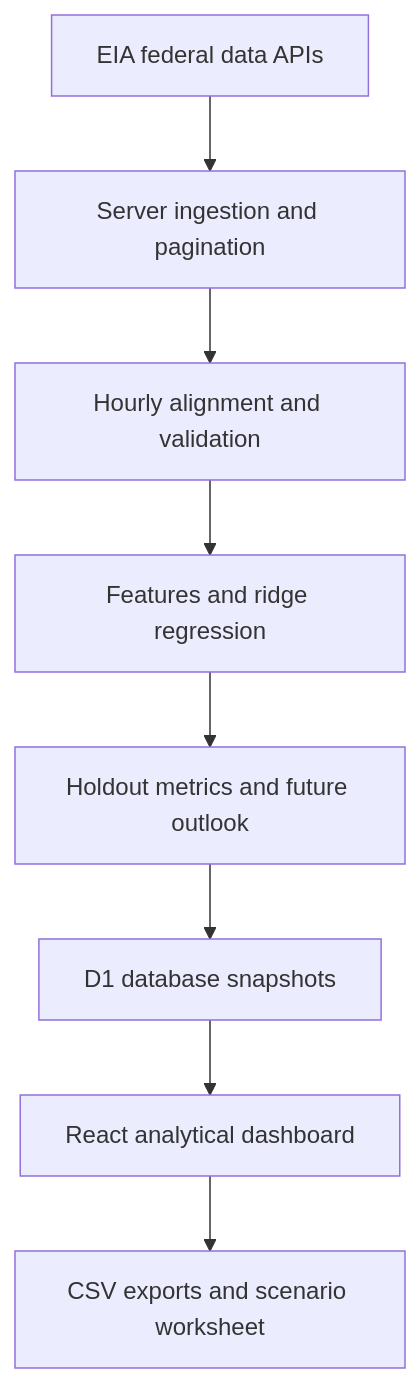
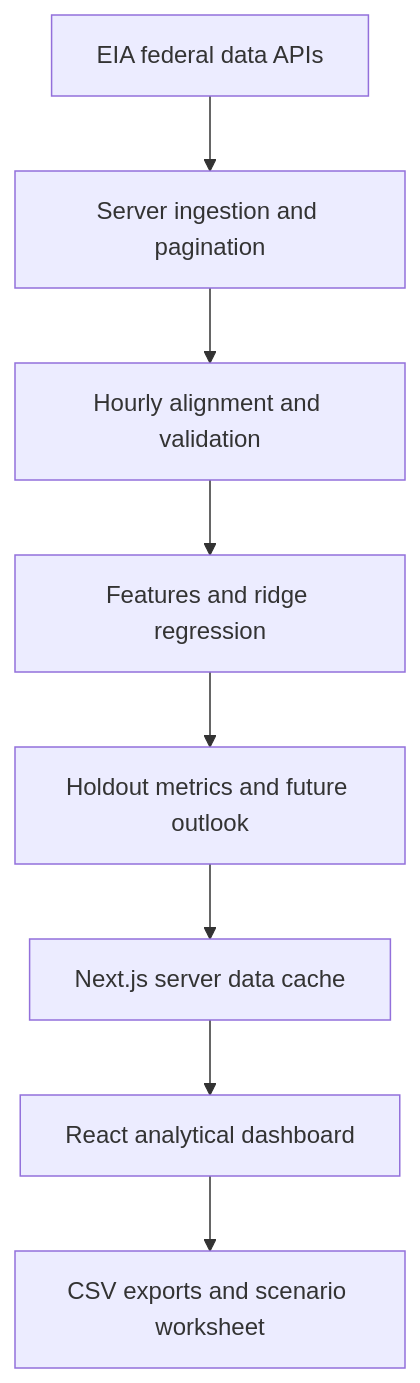
One commit to Fadil1212/GridLens changed the diagram in README.md. Above: the diagram before and after it, drawn with Mermaid. The commit also changed other lines of this file and 119 other files, not shown here.

````diff
--- a/README.md
+++ b/README.md
@@ -43,10 +43,10 @@
 ```mermaid
 flowchart TD
     A["EIA federal data APIs"] --> B["Server ingestion and pagination"]
     B --> C["Hourly alignment and validation"]
     C --> D["Features and ridge regression"]
     D --> E["Holdout metrics and future outlook"]
-    E --> F["D1 database snapshots"]
+    E --> F["Next.js server data cache"]
     F --> G["React analytical dashboard"]
     G --> H["CSV exports and scenario worksheet"]
 ```
````
